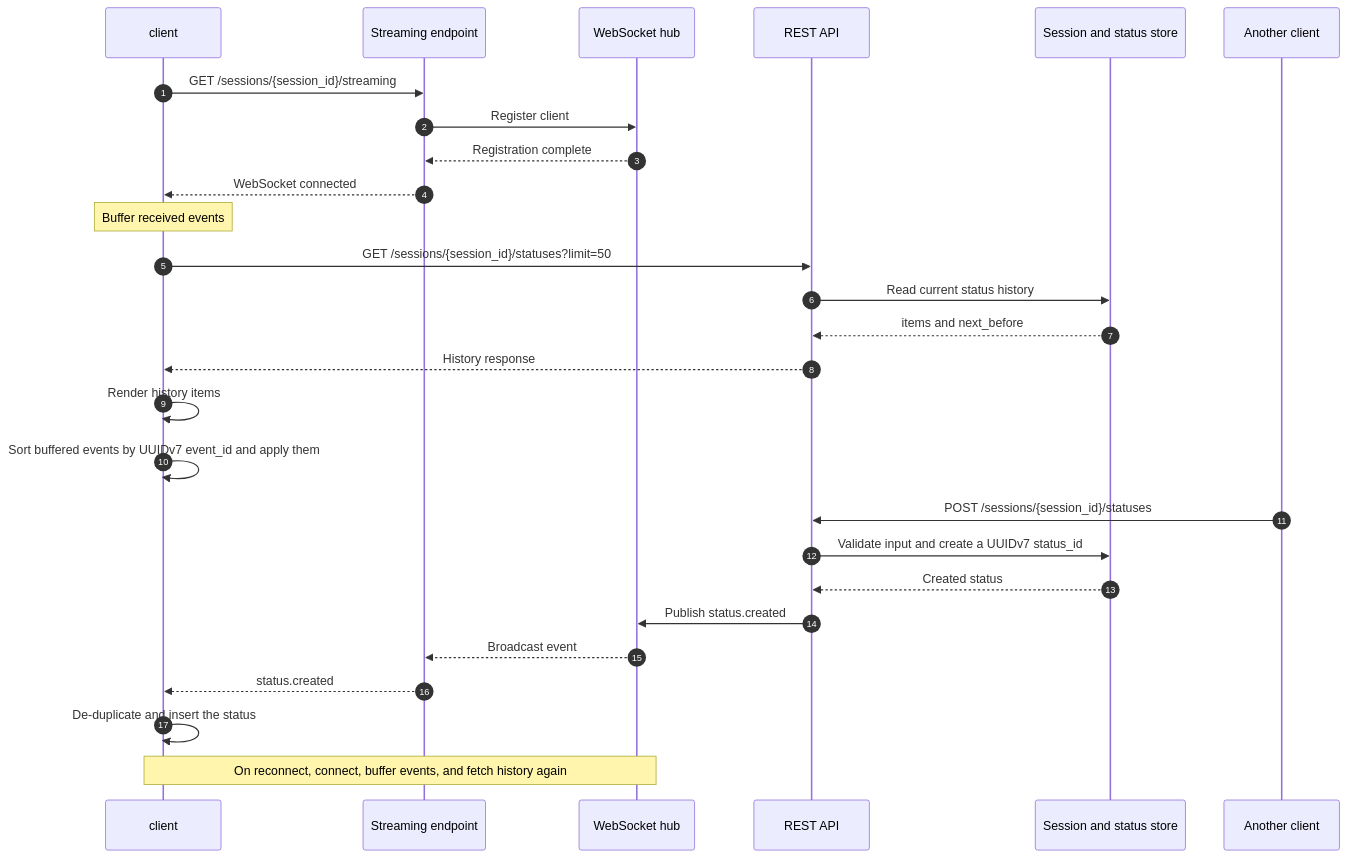
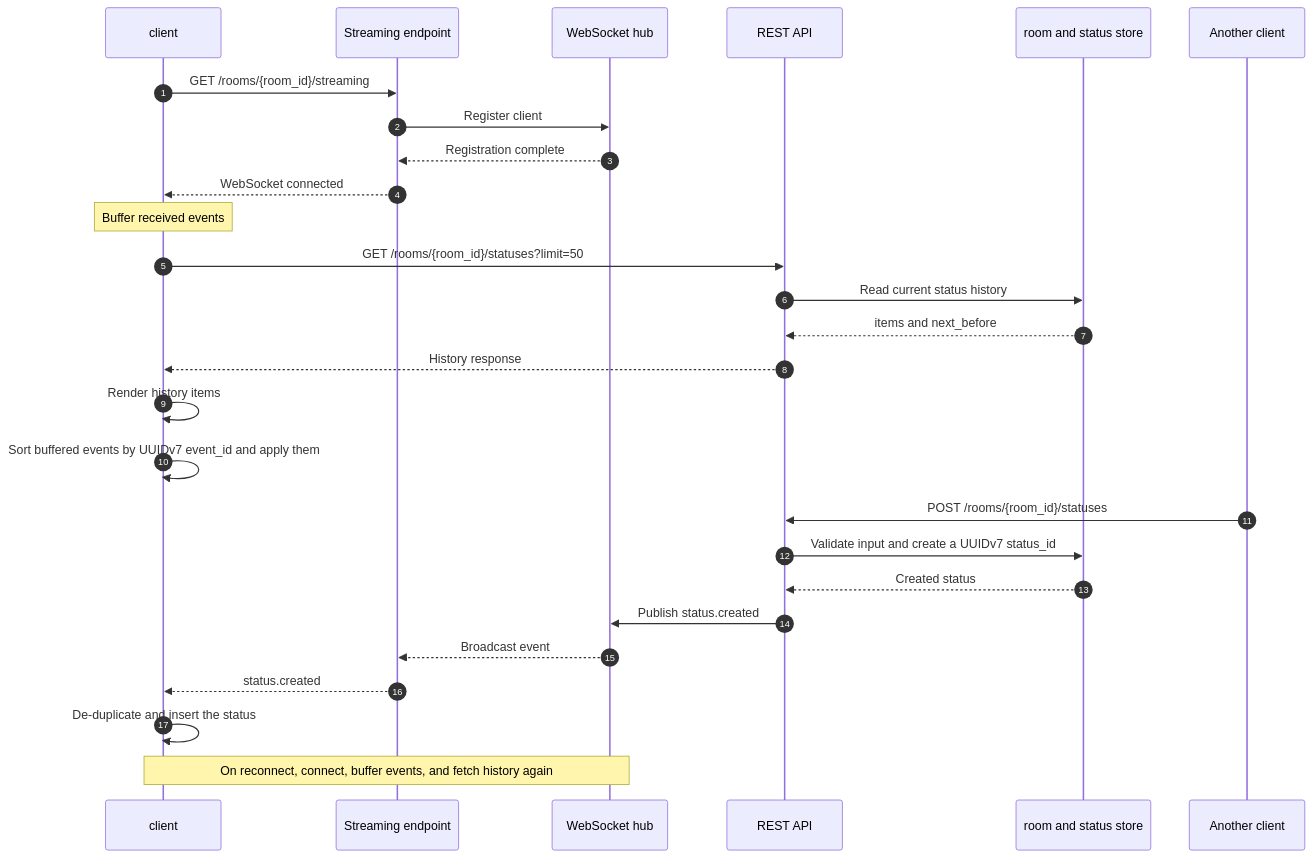
The third of 3 diagrams in docs/diagrams.md (hik-iij/realtime-comment-webapp), drawn with Mermaid before and after one commit. The commit also changed other lines of this file and 1 other file, not shown here.

````diff
--- a/docs/diagrams.md
+++ b/docs/diagrams.md
@@ -107,33 +107,33 @@
 ```mermaid
 sequenceDiagram
     autonumber
     participant Client as client
     participant Streaming as Streaming endpoint
     participant Hub as WebSocket hub
     participant API as REST API
-    participant Store as Session and status store
+    participant Store as room and status store
     participant Other as Another client
 
-    Client->>Streaming: GET /sessions/{session_id}/streaming
+    Client->>Streaming: GET /rooms/{room_id}/streaming
     Streaming->>Hub: Register client
     Hub-->>Streaming: Registration complete
     Streaming-->>Client: WebSocket connected
     Note over Client: Buffer received events
 
-    Client->>API: GET /sessions/{session_id}/statuses?limit=50
+    Client->>API: GET /rooms/{room_id}/statuses?limit=50
     API->>Store: Read current status history
     Store-->>API: items and next_before
     API-->>Client: History response
     Client->>Client: Render history items
     Client->>Client: Sort buffered events by UUIDv7 event_id and apply them
 
-    Other->>API: POST /sessions/{session_id}/statuses
+    Other->>API: POST /rooms/{room_id}/statuses
     API->>Store: Validate input and create a UUIDv7 status_id
     Store-->>API: Created status
     API->>Hub: Publish status.created
     Hub-->>Streaming: Broadcast event
     Streaming-->>Client: status.created
     Client->>Client: De-duplicate and insert the status
 
     Note over Client,Hub: On reconnect, connect, buffer events, and fetch history again
 ```
````
